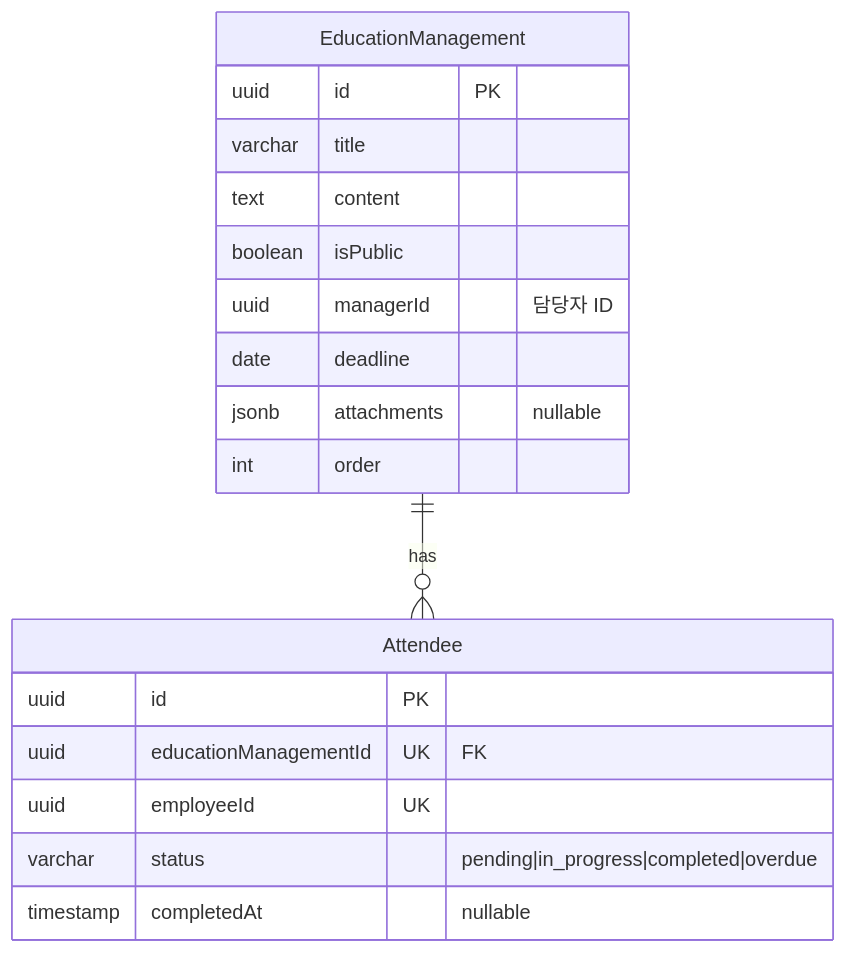
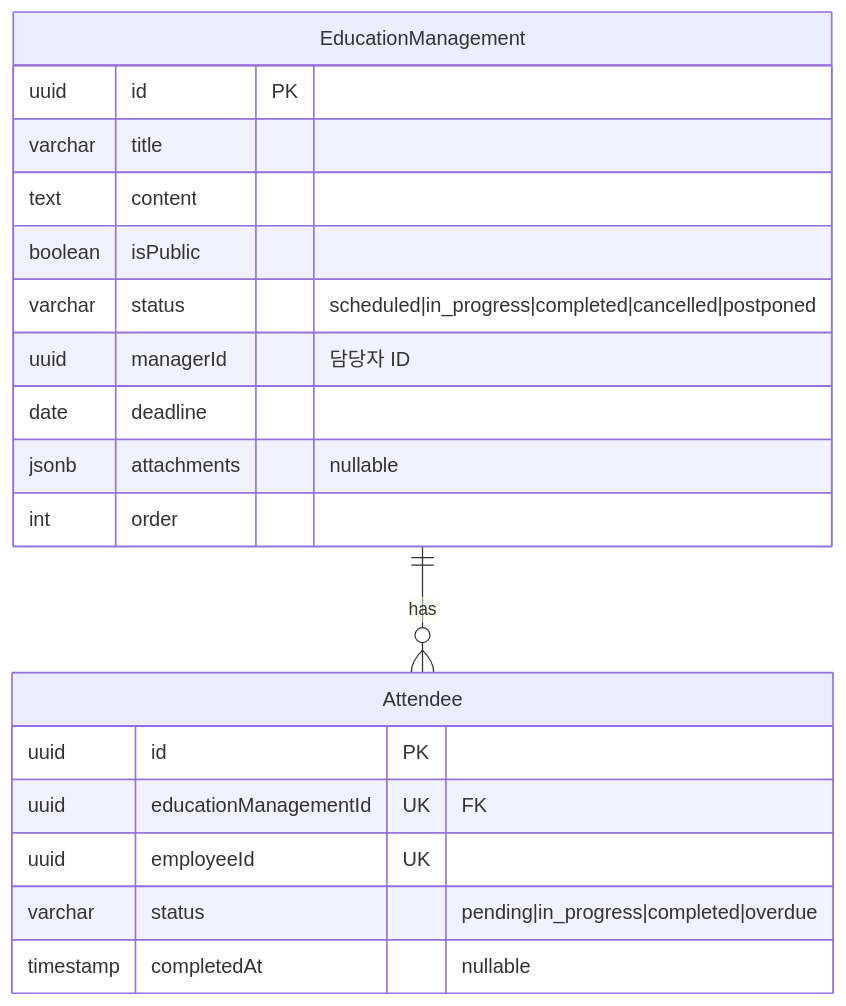
One commit to wukdddang/lumir-cms-backend changed diagram 14 of 15 in docs/erd/er-diagram-entities.md. Above: the diagram before and after it, drawn with Mermaid. The commit also changed other lines of this file and 2 other files, not shown here.

````diff
--- a/docs/erd/er-diagram-entities.md
+++ b/docs/erd/er-diagram-entities.md
@@ -723,23 +725,24 @@
 ```mermaid
 erDiagram
     EducationManagement {
         uuid id PK
         varchar title
         text content
         boolean isPublic
+        varchar status "scheduled|in_progress|completed|cancelled|postponed"
         uuid managerId "담당자 ID"
         date deadline
         jsonb attachments "nullable"
         int order
     }
-    
+
     Attendee {
         uuid id PK
         uuid educationManagementId UK "FK"
         uuid employeeId UK
         varchar status "pending|in_progress|completed|overdue"
         timestamp completedAt "nullable"
     }
-    
+
     EducationManagement ||--o{ Attendee : "has"
 ```
````
